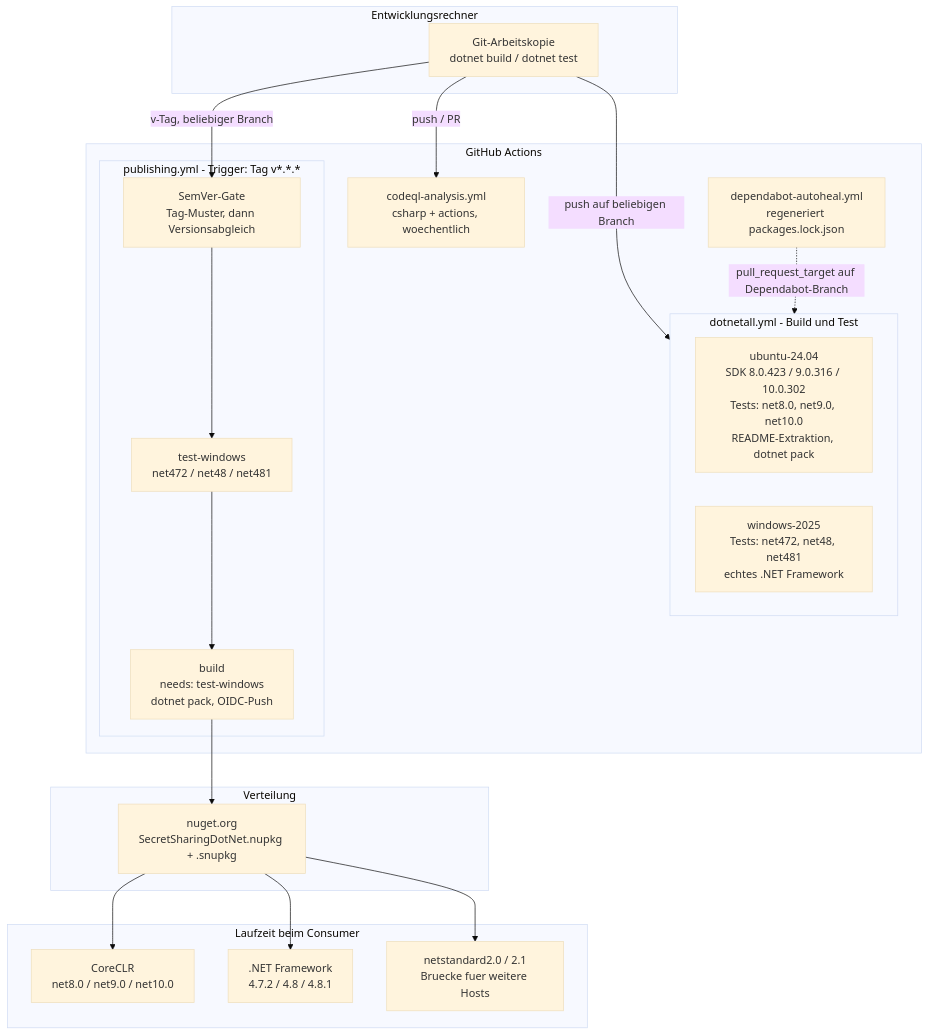
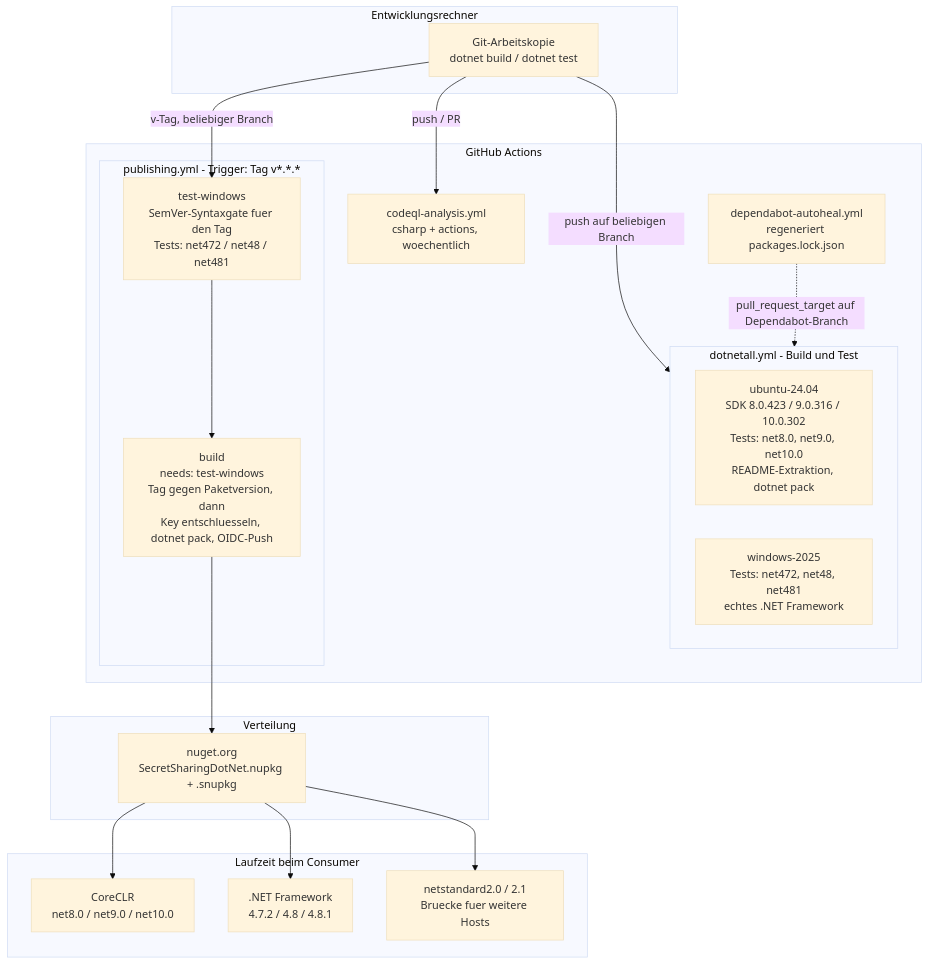
The tenth of 10 diagrams in docs/architecture/arc42.de.md (shinji-san/SecretSharingDotNet), drawn with Mermaid (base theme) before and after one commit. The commit also changed other lines of this file and 1 other file, not shown here.

````diff
--- a/docs/architecture/arc42.de.md
+++ b/docs/architecture/arc42.de.md
@@ -686,41 +695,39 @@
 ```mermaid
 flowchart TD
     subgraph dev["Entwicklungsrechner"]
         repo["Git-Arbeitskopie<br/>dotnet build / dotnet test"]
     end
 
     subgraph gh["GitHub Actions"]
         subgraph ci["dotnetall.yml - Build und Test"]
             ubuntu["ubuntu-24.04<br/>SDK 8.0.423 / 9.0.316 / 10.0.302<br/>Tests: net8.0, net9.0, net10.0<br/>README-Extraktion, dotnet pack"]
             windows["windows-2025<br/>Tests: net472, net48, net481<br/>echtes .NET Framework"]
         end
         codeql["codeql-analysis.yml<br/>csharp + actions, woechentlich"]
         autoheal["dependabot-autoheal.yml<br/>regeneriert packages.lock.json"]
         subgraph publish["publishing.yml - Trigger: Tag v*.*.*"]
-            pubGate["SemVer-Gate<br/>Tag-Muster, dann Versionsabgleich"]
-            pubTest["test-windows<br/>net472 / net48 / net481"]
-            pubBuild["build<br/>needs: test-windows<br/>dotnet pack, OIDC-Push"]
+            pubTest["test-windows<br/>SemVer-Syntaxgate fuer den Tag<br/>Tests: net472 / net48 / net481"]
+            pubBuild["build<br/>needs: test-windows<br/>Tag gegen Paketversion, dann<br/>Key entschluesseln, dotnet pack, OIDC-Push"]
         end
     end
 
     subgraph dist["Verteilung"]
         nuget["nuget.org<br/>SecretSharingDotNet.nupkg + .snupkg"]
     end
 
     subgraph runtime["Laufzeit beim Consumer"]
         netcore["CoreCLR<br/>net8.0 / net9.0 / net10.0"]
         netfx[".NET Framework<br/>4.7.2 / 4.8 / 4.8.1"]
         netstd["netstandard2.0 / 2.1<br/>Bruecke fuer weitere Hosts"]
     end
 
     repo -->|push auf beliebigen Branch| ci
     repo -->|push / PR| codeql
-    repo -->|v-Tag, beliebiger Branch| pubGate
-    pubGate --> pubTest
+    repo -->|v-Tag, beliebiger Branch| pubTest
     pubTest --> pubBuild
     pubBuild --> nuget
     autoheal -.->|pull_request_target auf Dependabot-Branch| ci
     nuget --> netcore
     nuget --> netfx
     nuget --> netstd
 ```
````
